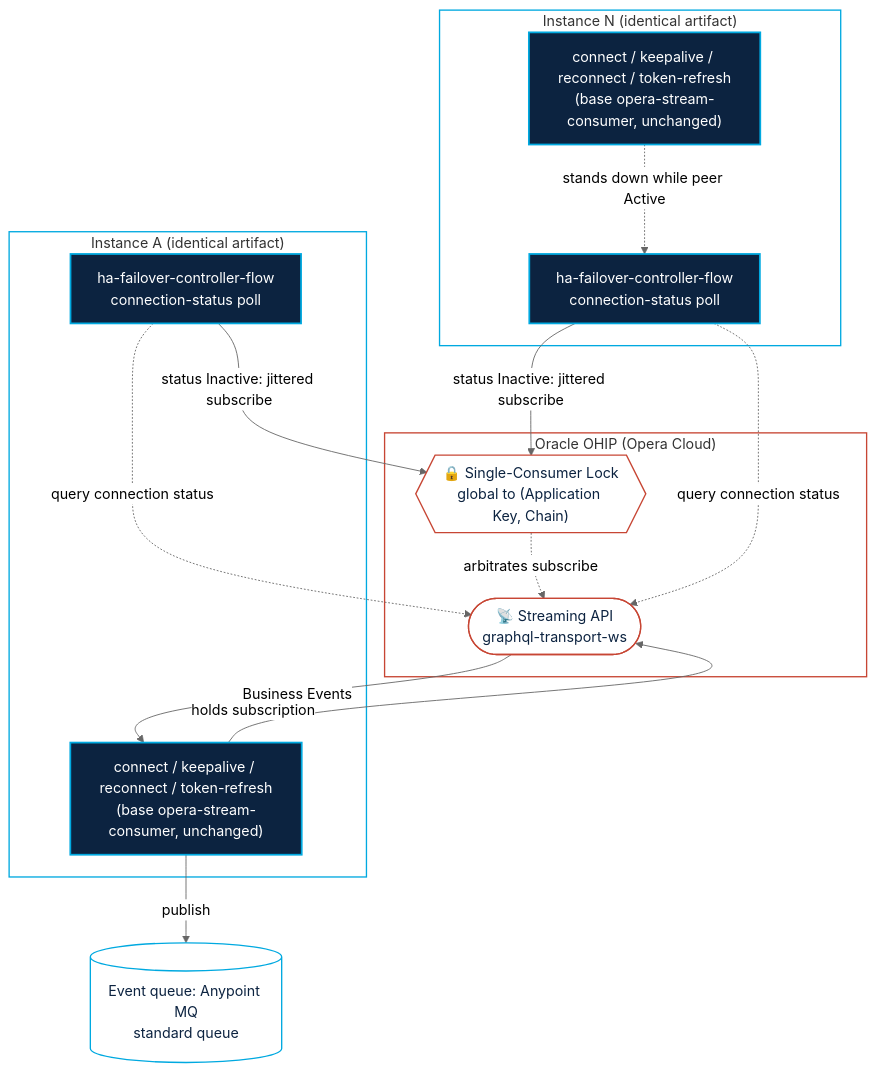
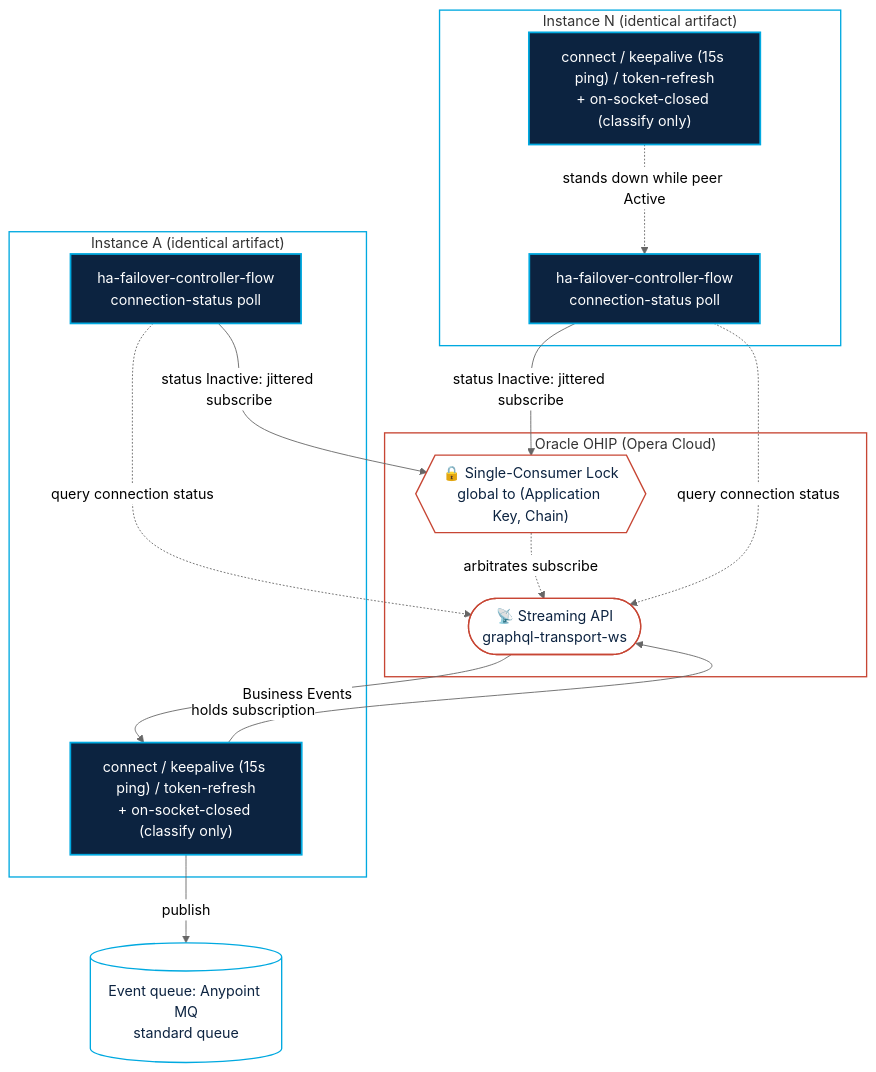
The diagram in opera-stream-consumer-ha/README.md (jlos123/mulesoft-opera-streaming-template), drawn with Mermaid (neutral theme) before and after one commit. The commit also changed other lines of this file and 24 other files, not shown here.

Commit message:
Updated both the consumers to reduce flow usage and idle message count after testing against OHIP partner sandbox.

````diff
--- a/opera-stream-consumer-ha/README.md
+++ b/opera-stream-consumer-ha/README.md
@@ -17,37 +21,37 @@
 ```mermaid
 flowchart TB
     classDef muleFlow fill:#0C2340,stroke:#00A9E0,stroke-width:2px,color:#ffffff
     classDef oracleNode fill:#ffffff,stroke:#C74634,stroke-width:1.5px,color:#0C2340
     classDef muleNode fill:#ffffff,stroke:#00A9E0,stroke-width:1.5px,color:#0C2340
 
     subgraph OHIP["Oracle OHIP (Opera Cloud)"]
         Lock{{"🔒 Single-Consumer Lock<br/>global to (Application Key, Chain)"}}:::oracleNode
         Stream(["📡 Streaming API<br/>graphql-transport-ws"]):::oracleNode
         Lock -.arbitrates subscribe.-> Stream
     end
     style OHIP fill:#ffffff,stroke:#C74634,stroke-width:1.5px
 
     subgraph InstanceA["Instance A (identical artifact)"]
         ProbeA["ha-failover-controller-flow<br/>connection-status poll"]:::muleFlow
-        BaseA["connect / keepalive / reconnect / token-refresh<br/>(base opera-stream-consumer, unchanged)"]:::muleFlow
+        BaseA["connect / keepalive (15s ping) / token-refresh<br/>+ on-socket-closed (classify only)"]:::muleFlow
     end
     style InstanceA fill:#ffffff,stroke:#00A9E0,stroke-width:1.5px
 
     subgraph InstanceB["Instance N (identical artifact)"]
         ProbeB["ha-failover-controller-flow<br/>connection-status poll"]:::muleFlow
-        BaseB["connect / keepalive / reconnect / token-refresh<br/>(base opera-stream-consumer, unchanged)"]:::muleFlow
+        BaseB["connect / keepalive (15s ping) / token-refresh<br/>+ on-socket-closed (classify only)"]:::muleFlow
     end
     style InstanceB fill:#ffffff,stroke:#00A9E0,stroke-width:1.5px
 
     Queue[("Event queue: Anypoint MQ<br/>standard queue")]:::muleNode
 
     ProbeA -.query connection status.-> Stream
     ProbeA -->|status Inactive: jittered subscribe| Lock
     BaseA -->|holds subscription| Stream
     Stream -->|Business Events| BaseA
     BaseA -->|publish| Queue
 
     ProbeB -.query connection status.-> Stream
     ProbeB -->|status Inactive: jittered subscribe| Lock
     BaseB -.stands down while peer Active.-> ProbeB
 ```
````
